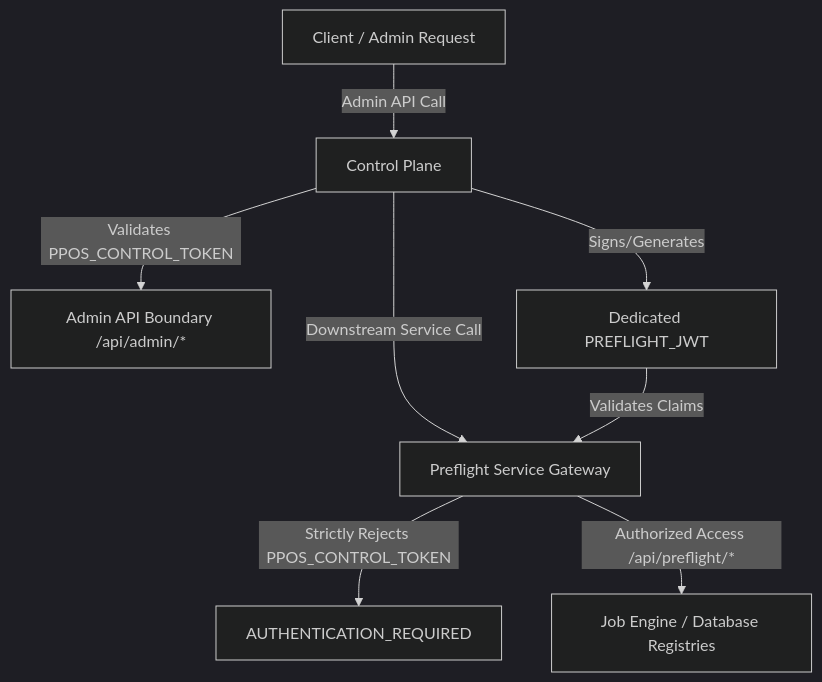
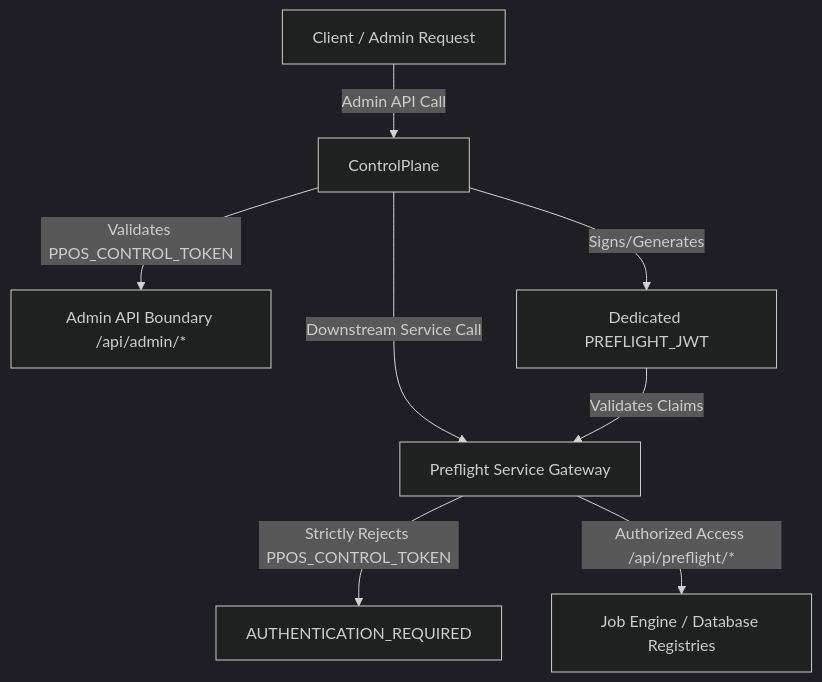
One commit to drleuman/printprice-docs changed the diagram in docs/architecture/preflight-auth-contract.md. Above: the diagram before and after it, drawn with Mermaid (dark theme). The commit also changed other lines of this file and 15 other files, not shown here.

Commit message:
docs: perform editorial hardening, fix Mermaid sequence syntax, apply Docusaurus native admonitions, clean up certified language, add missing frontmatter, and implement adaptive homepage dark mode styling

````diff
--- a/docs/architecture/preflight-auth-contract.md
+++ b/docs/architecture/preflight-auth-contract.md
@@ -23,12 +23,12 @@
 ```mermaid
 graph TD
-    User[Client / Admin Request] -->|Admin API Call| CP[Control Plane]
+    User[Client / Admin Request] -->|Admin API Call| CP[ControlPlane]
     CP -->|Validates PPOS_CONTROL_TOKEN| AdminGate[Admin API Boundary /api/admin/*]
     
     CP -->|Downstream Service Call| Gateway[Preflight Service Gateway]
     Gateway -->|Strictly Rejects PPOS_CONTROL_TOKEN| GateErr[AUTHENTICATION_REQUIRED]
     
     CP -->|Signs/Generates| InterJWT[Dedicated PREFLIGHT_JWT]
     InterJWT -->|Validates Claims| Gateway
     Gateway -->|Authorized Access /api/preflight/*| Ingest[Job Engine / Database Registries]
 ```
````
